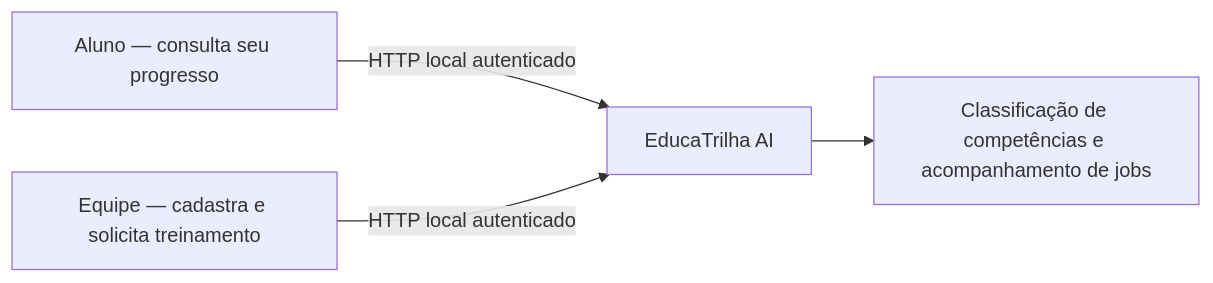
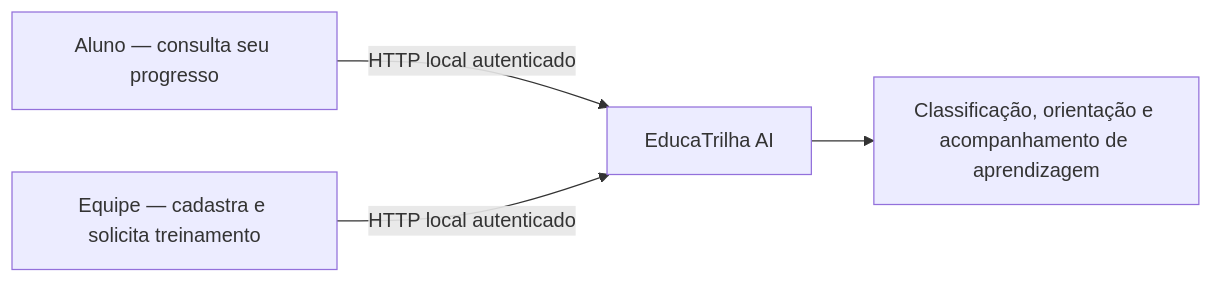
The first of 7 diagrams in README.md (Gustavo-Champam/educacao-continuada-gamificada), drawn with Mermaid before and after one commit. The commit also changed other lines of this file and 2 other files, not shown here.

````diff
--- a/README.md
+++ b/README.md
@@ -63,6 +37,6 @@
 ```mermaid
 flowchart LR
     A["Aluno — consulta seu progresso"] -->|HTTP local autenticado| E["EducaTrilha AI"]
     T["Equipe — cadastra e solicita treinamento"] -->|HTTP local autenticado| E
-    E --> D["Classificação de competências e acompanhamento de jobs"]
+    E --> D["Classificação, orientação e acompanhamento de aprendizagem"]
 ```
````
